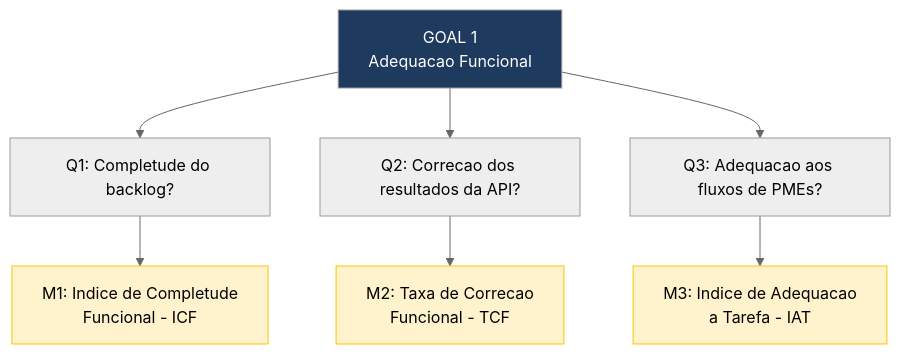
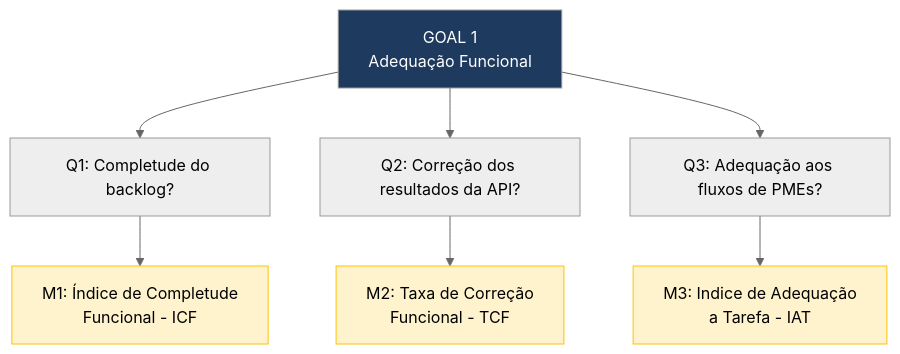
The diagram in docs/fase2/adequacao_funcional.md (FCTE-Qualidade-de-Software-1/2026-1_T01_FRANS_BILAS), drawn with Mermaid (neutral theme) before and after one commit. The commit also changed other lines of this file and 9 other files, not shown here.

````diff
--- a/docs/fase2/adequacao_funcional.md
+++ b/docs/fase2/adequacao_funcional.md
@@ -27,15 +27,15 @@
 ```mermaid
 graph TD
-    G1["GOAL 1<br>Adequacao Funcional"]
+    G1["GOAL 1<br>Adequação Funcional"]
     G1 --> Q1["Q1: Completude do backlog?"]
-    G1 --> Q2["Q2: Correcao dos resultados da API?"]
-    G1 --> Q3["Q3: Adequacao aos fluxos de PMEs?"]
-    Q1 --> M1["M1: Indice de Completude<br>Funcional - ICF"]
-    Q2 --> M2["M2: Taxa de Correcao<br>Funcional - TCF"]
-    Q3 --> M3["M3: Indice de Adequacao<br>a Tarefa - IAT"]
+    G1 --> Q2["Q2: Correção dos resultados da API?"]
+    G1 --> Q3["Q3: Adequação aos fluxos de PMEs?"]
+    Q1 --> M1["M1: Índice de Completude<br>Funcional - ICF"]
+    Q2 --> M2["M2: Taxa de Correção<br>Funcional - TCF"]
+    Q3 --> M3["M3: Indice de Adequação<br>a Tarefa - IAT"]
 
     style G1 fill:#1E3A5F,color:#fff
     style M1 fill:#fff3cd,stroke:#ffc107
     style M2 fill:#fff3cd,stroke:#ffc107
     style M3 fill:#fff3cd,stroke:#ffc107
 ```
````
